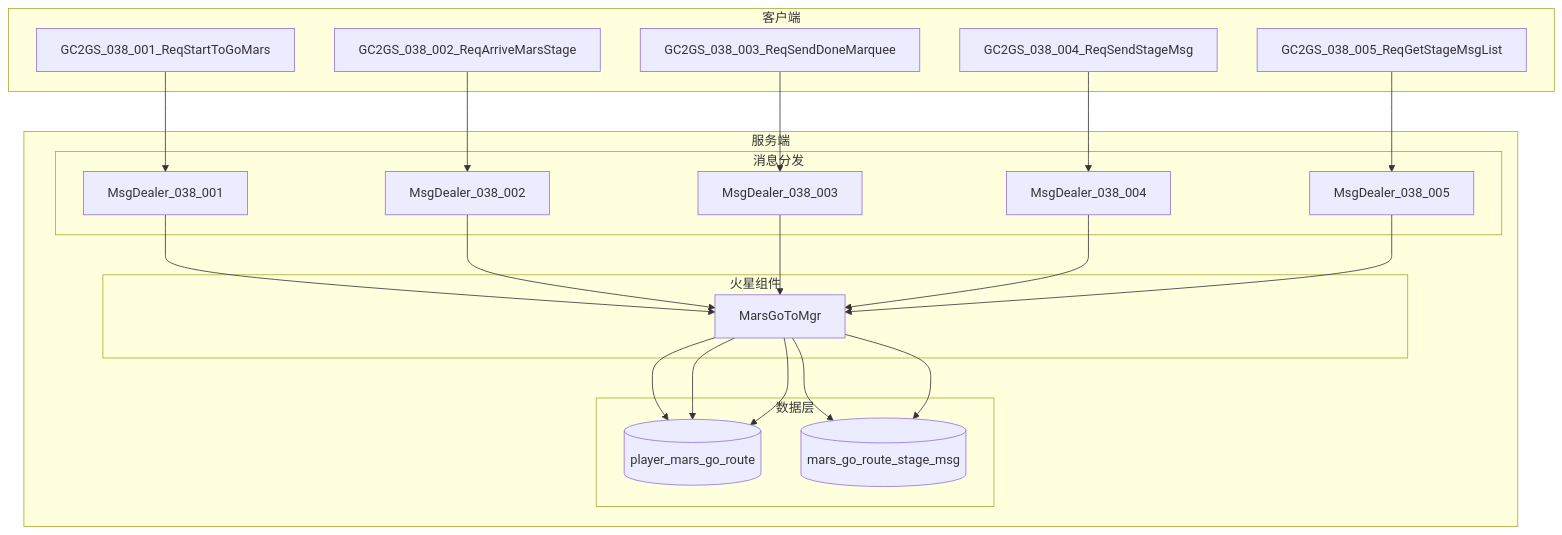
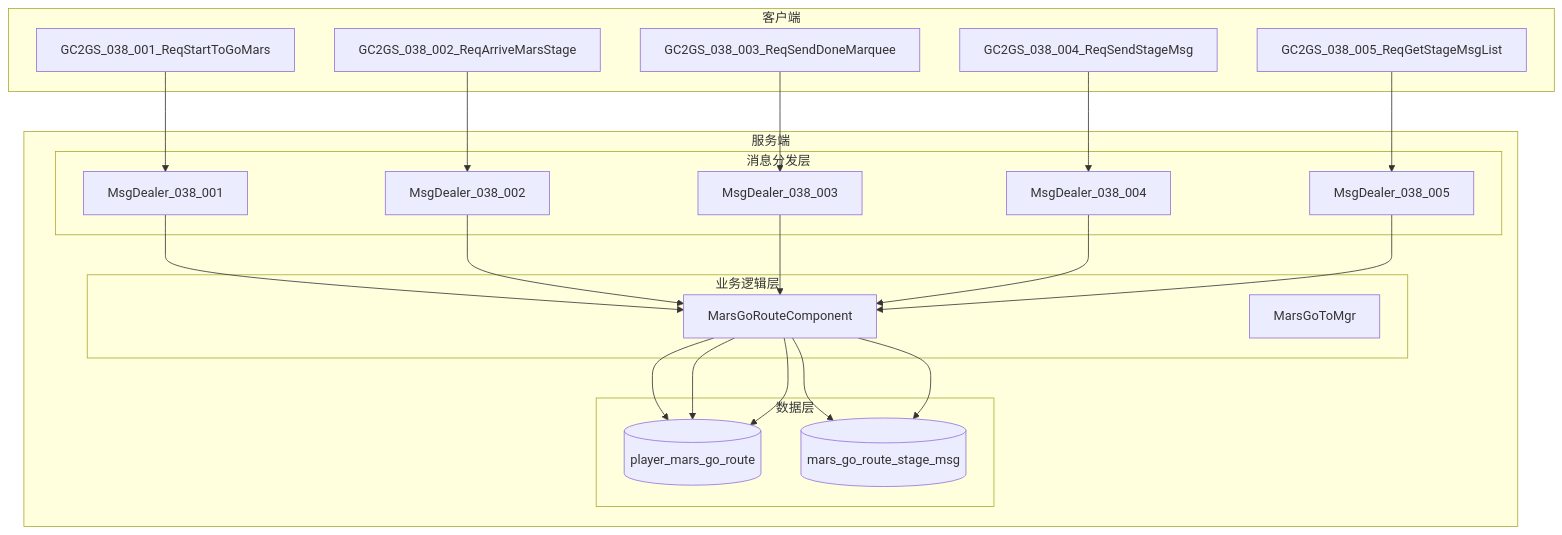
One commit to Alan-Ben/k2c_game_framework changed the first of 6 diagrams in docs/Module_Mars/04_服务端开发.md. Above: the diagram before and after it, drawn with Mermaid. The commit also changed other lines of this file and 13 other files, not shown here.

````diff
--- a/docs/Module_Mars/04_服务端开发.md
+++ b/docs/Module_Mars/04_服务端开发.md
@@ -28,35 +30,36 @@
 ```mermaid
 flowchart TB
     subgraph Client [客户端]
         A[GC2GS_038_001_ReqStartToGoMars]
         B[GC2GS_038_002_ReqArriveMarsStage]
         C[GC2GS_038_003_ReqSendDoneMarquee]
         D[GC2GS_038_004_ReqSendStageMsg]
         E[GC2GS_038_005_ReqGetStageMsgList]
     end
 
     subgraph Server [服务端]
-        subgraph MsgDispather [消息分发]
+        subgraph MsgDispather [消息分发层]
             M1[MsgDealer_038_001]
             M2[MsgDealer_038_002]
             M3[MsgDealer_038_003]
             M4[MsgDealer_038_004]
             M5[MsgDealer_038_005]
         end
 
-        subgraph MarsComp [火星组件]
-            G[MarsGoToMgr]
+        subgraph Business [业务逻辑层]
+            G[MarsGoRouteComponent]
+            H[MarsGoToMgr]
         end
 
         subgraph Database [数据层]
             DB1[(player_mars_go_route)]
             DB2[(mars_go_route_stage_msg)]
         end
     end
 
     A --> M1 --> G --> DB1
     B --> M2 --> G --> DB1
     C --> M3 --> G --> DB1
     D --> M4 --> G --> DB2
     E --> M5 --> G --> DB2
 ```
````
